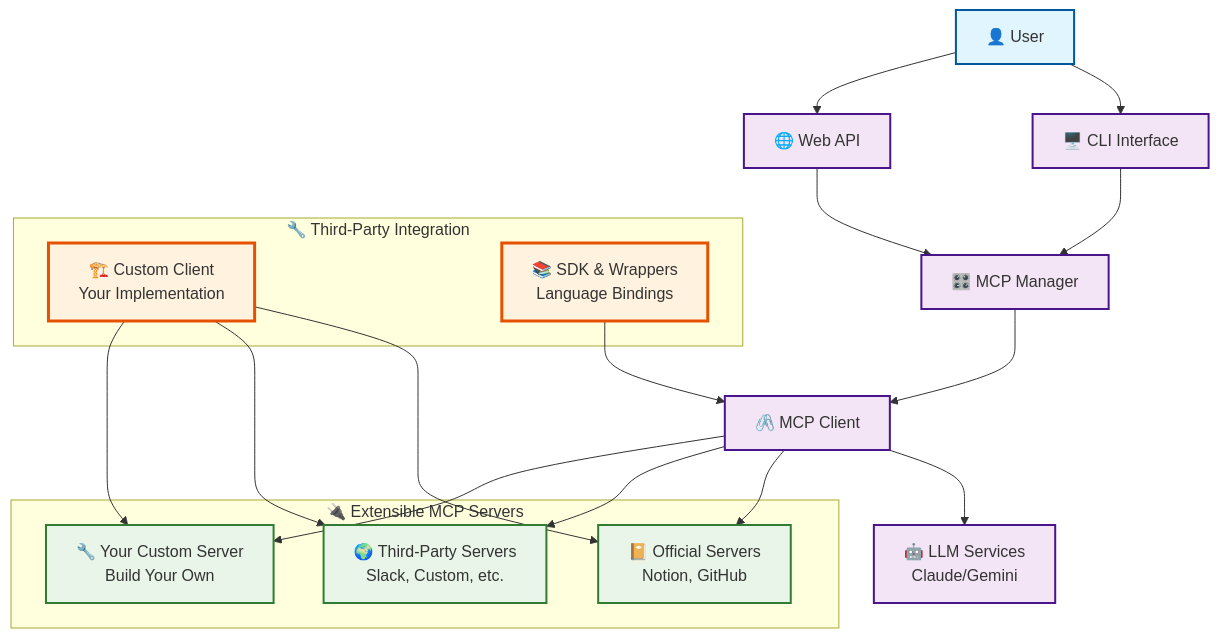
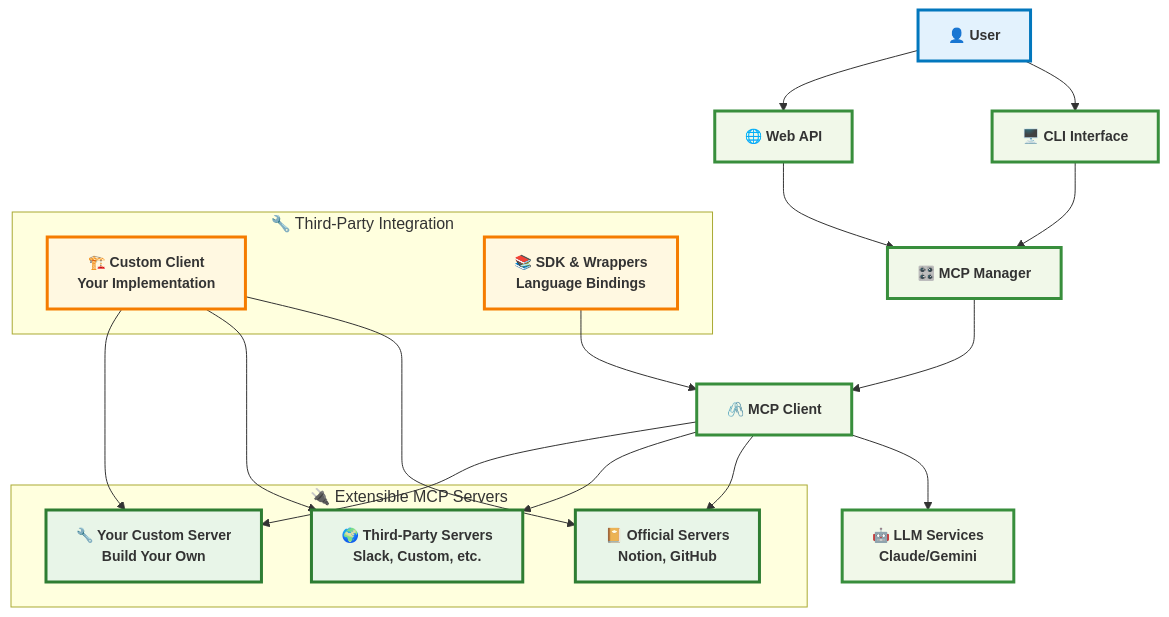
The diagram in README.md (chi-n-nguyen/any-mcp), drawn with Mermaid before and after one commit.

Commit message:
fix dim text in architecture diagram - make text more readable and vibrant

````diff
--- a/README.md
+++ b/README.md
@@ -45,42 +45,46 @@
 ```mermaid
 graph TB
     User[👤 User] --> CLI[🖥️ CLI Interface]
     User --> WebAPI[🌐 Web API]
     
     CLI --> MCPManager[🎛️ MCP Manager]
     WebAPI --> MCPManager
     
     MCPManager --> MCPClient[🖇️ MCP Client]
     MCPClient --> LLM[🤖 LLM Services<br/>Claude/Gemini]
     
     subgraph "🔌 Extensible MCP Servers"
         Official[📔 Official Servers<br/>Notion, GitHub]
         ThirdParty[🌍 Third-Party Servers<br/>Slack, Custom, etc.]
         YourOwn[🔧 Your Custom Server<br/>Build Your Own]
     end
     
     subgraph "🔧 Third-Party Integration"
         CustomClient[🏗️ Custom Client<br/>Your Implementation]
         SDK[📚 SDK & Wrappers<br/>Language Bindings]
     end
     
     MCPClient --> Official
     MCPClient --> ThirdParty
     MCPClient --> YourOwn
     
     CustomClient --> Official
     CustomClient --> ThirdParty
     CustomClient --> YourOwn
     
     SDK --> MCPClient
     
-    classDef user fill:#e1f5fe,stroke:#01579b,stroke-width:2px
-    classDef core fill:#f3e5f5,stroke:#4a148c,stroke-width:2px
-    classDef servers fill:#e8f5e8,stroke:#2e7d32,stroke-width:2px
-    classDef thirdparty fill:#fff3e0,stroke:#e65100,stroke-width:3px
+    %% Make text more readable
+    classDef textStyle font-size:14px,font-weight:bold
+    class User,CLI,WebAPI,MCPManager,MCPClient,LLM,Official,ThirdParty,YourOwn,CustomClient,SDK textStyle
+    
+    classDef user fill:#e3f2fd,stroke:#0277bd,stroke-width:3px
+    classDef core fill:#f1f8e9,stroke:#388e3c,stroke-width:3px
+    classDef servers fill:#e8f5e8,stroke:#2e7d32,stroke-width:3px
+    classDef thirdparty fill:#fff8e1,stroke:#f57c00,stroke-width:3px
     
     class User user
     class CLI,WebAPI,MCPManager,MCPClient,LLM core
     class Official,ThirdParty,YourOwn servers
     class CustomClient,SDK thirdparty
 ```
````
